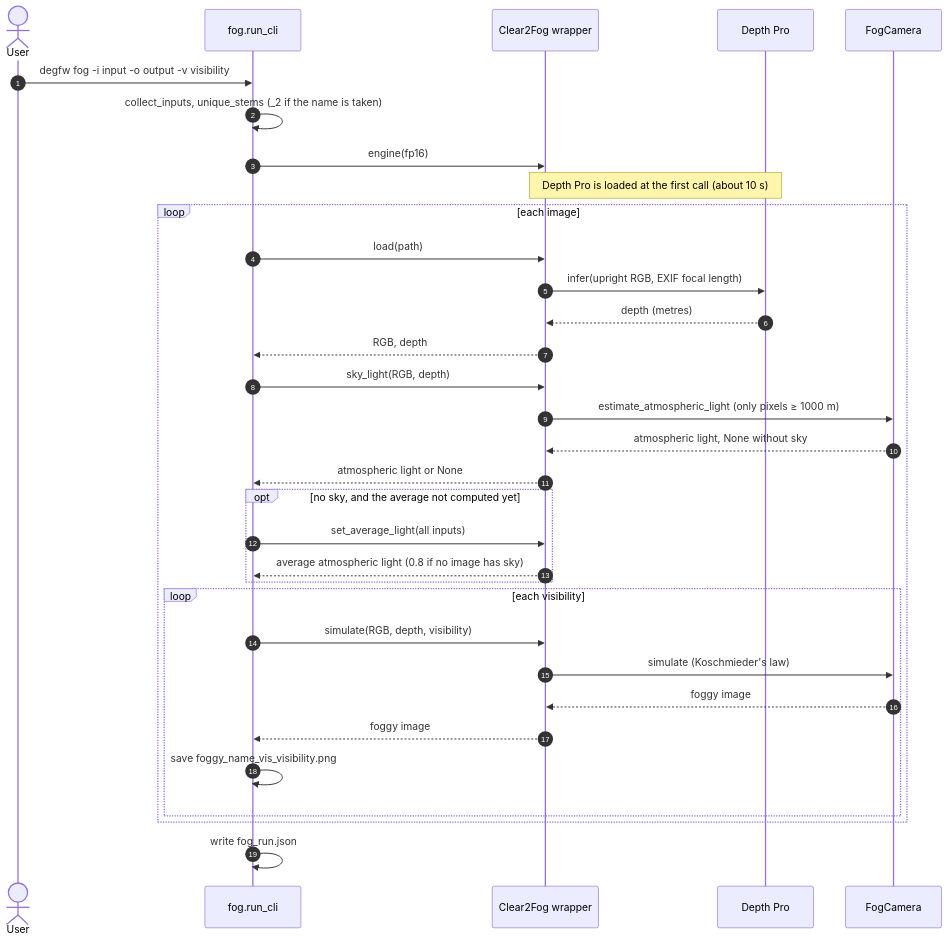
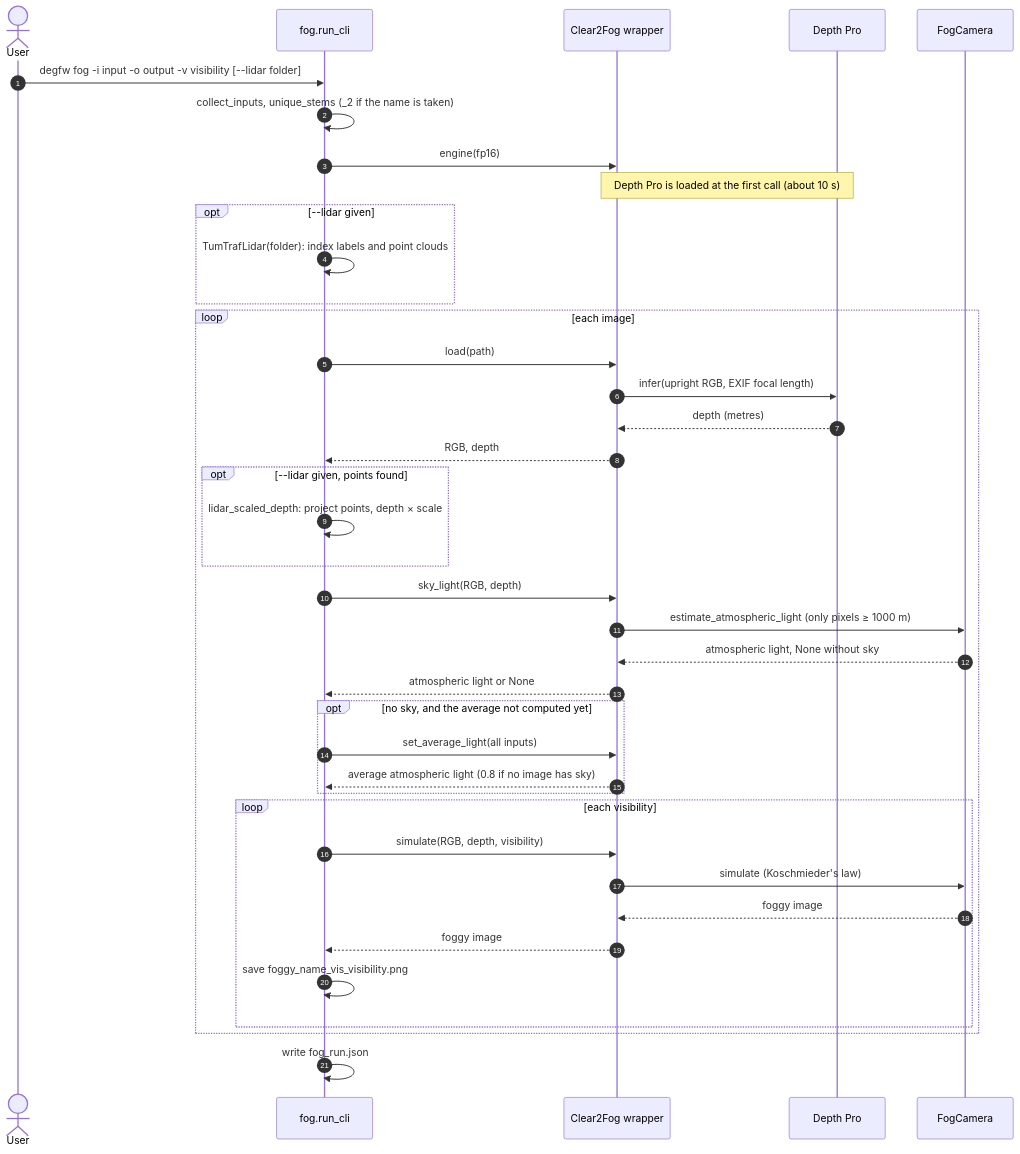
The fourth of 4 diagrams in doc_EN/architecture.md (Tommy6015/degradation-framework), drawn with Mermaid before and after one commit. The commit also changed other lines of this file and 21 other files, not shown here.

First line of the commit message:
fog: correct the depth scale with LiDAR point clouds (degfw fog --lidar)

````diff
--- a/doc_EN/architecture.md
+++ b/doc_EN/architecture.md
@@ -232,36 +243,42 @@
 ```mermaid
 sequenceDiagram
     autonumber
     actor UF as User
     participant F as fog.run_cli
     participant E as Clear2Fog wrapper
     participant DP as Depth Pro
     participant FC as FogCamera
 
-    UF->>F: degfw fog -i input -o output -v visibility
+    UF->>F: degfw fog -i input -o output -v visibility [--lidar folder]
     F->>F: collect_inputs, unique_stems (_2 if the name is taken)
     F->>E: engine(fp16)
     Note over E,DP: Depth Pro is loaded at the first call (about 10 s)
+    opt --lidar given
+        F->>F: TumTrafLidar(folder): index labels and point clouds
+    end
     loop each image
         F->>E: load(path)
         E->>DP: infer(upright RGB, EXIF focal length)
         DP-->>E: depth (metres)
         E-->>F: RGB, depth
+        opt --lidar given, points found
+            F->>F: lidar_scaled_depth: project points, depth × scale
+        end
         F->>E: sky_light(RGB, depth)
         E->>FC: estimate_atmospheric_light (only pixels ≥ 1000 m)
         FC-->>E: atmospheric light, None without sky
         E-->>F: atmospheric light or None
         opt no sky, and the average not computed yet
             F->>E: set_average_light(all inputs)
             E-->>F: average atmospheric light (0.8 if no image has sky)
         end
         loop each visibility
             F->>E: simulate(RGB, depth, visibility)
             E->>FC: simulate (Koschmieder's law)
             FC-->>E: foggy image
             E-->>F: foggy image
             F->>F: save foggy_name_vis_visibility.png
         end
     end
     F->>F: write fog_run.json
 ```
````
